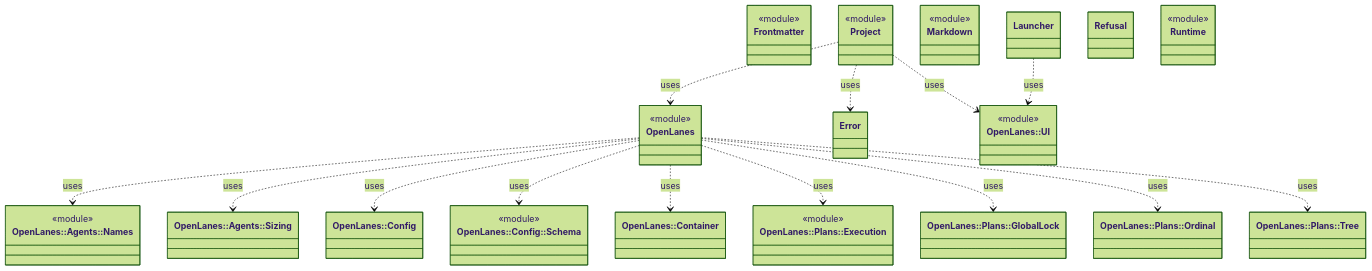
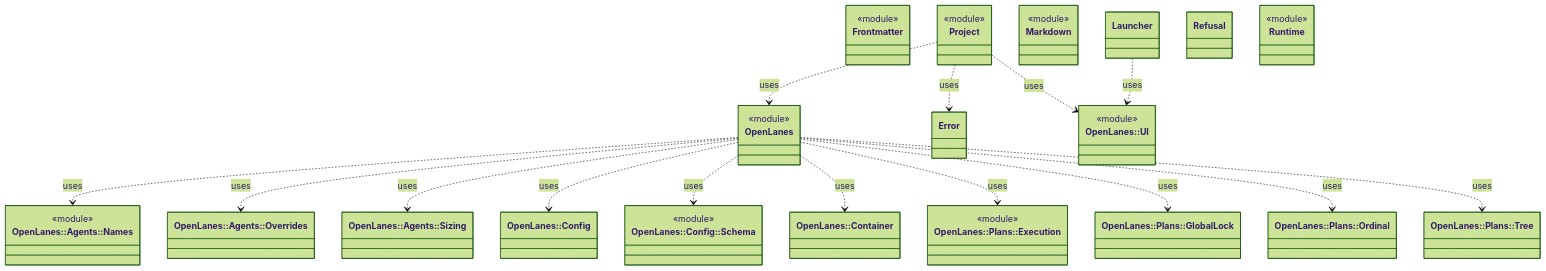
The diagram in docs/architecture/openlanes.md (kigster/openlanes), drawn with Mermaid (forest theme) before and after one commit. The commit also changed 54 other files, not shown here.

````diff
--- a/docs/architecture/openlanes.md
+++ b/docs/architecture/openlanes.md
@@ -5,43 +5,45 @@
 ```mermaid
 classDiagram
   class OpenLanes["OpenLanes"]
   <<module>> OpenLanes
   class OpenLanes__Agents__Names["OpenLanes::Agents::Names"]
   <<module>> OpenLanes__Agents__Names
+  class OpenLanes__Agents__Overrides["OpenLanes::Agents::Overrides"]
   class OpenLanes__Agents__Sizing["OpenLanes::Agents::Sizing"]
   class OpenLanes__Config["OpenLanes::Config"]
   class OpenLanes__Config__Schema["OpenLanes::Config::Schema"]
   <<module>> OpenLanes__Config__Schema
   class OpenLanes__Container["OpenLanes::Container"]
   class OpenLanes__Error["Error"]
   class OpenLanes__Frontmatter["Frontmatter"]
   <<module>> OpenLanes__Frontmatter
   class OpenLanes__Launcher["Launcher"]
   class OpenLanes__Markdown["Markdown"]
   <<module>> OpenLanes__Markdown
   class OpenLanes__Plans__Execution["OpenLanes::Plans::Execution"]
   <<module>> OpenLanes__Plans__Execution
   class OpenLanes__Plans__GlobalLock["OpenLanes::Plans::GlobalLock"]
   class OpenLanes__Plans__Ordinal["OpenLanes::Plans::Ordinal"]
   class OpenLanes__Plans__Tree["OpenLanes::Plans::Tree"]
   class OpenLanes__Project["Project"]
   <<module>> OpenLanes__Project
   class OpenLanes__Refusal["Refusal"]
   class OpenLanes__Runtime["Runtime"]
   <<module>> OpenLanes__Runtime
   class OpenLanes__UI["OpenLanes::UI"]
   <<module>> OpenLanes__UI
   OpenLanes ..> OpenLanes__Agents__Names : uses
+  OpenLanes ..> OpenLanes__Agents__Overrides : uses
   OpenLanes ..> OpenLanes__Agents__Sizing : uses
   OpenLanes ..> OpenLanes__Config : uses
   OpenLanes ..> OpenLanes__Config__Schema : uses
   OpenLanes ..> OpenLanes__Container : uses
   OpenLanes ..> OpenLanes__Plans__Execution : uses
   OpenLanes ..> OpenLanes__Plans__GlobalLock : uses
   OpenLanes ..> OpenLanes__Plans__Ordinal : uses
   OpenLanes ..> OpenLanes__Plans__Tree : uses
   OpenLanes__Launcher ..> OpenLanes__UI : uses
   OpenLanes__Project ..> OpenLanes : uses
   OpenLanes__Project ..> OpenLanes__Error : uses
   OpenLanes__Project ..> OpenLanes__UI : uses
 ```
````
